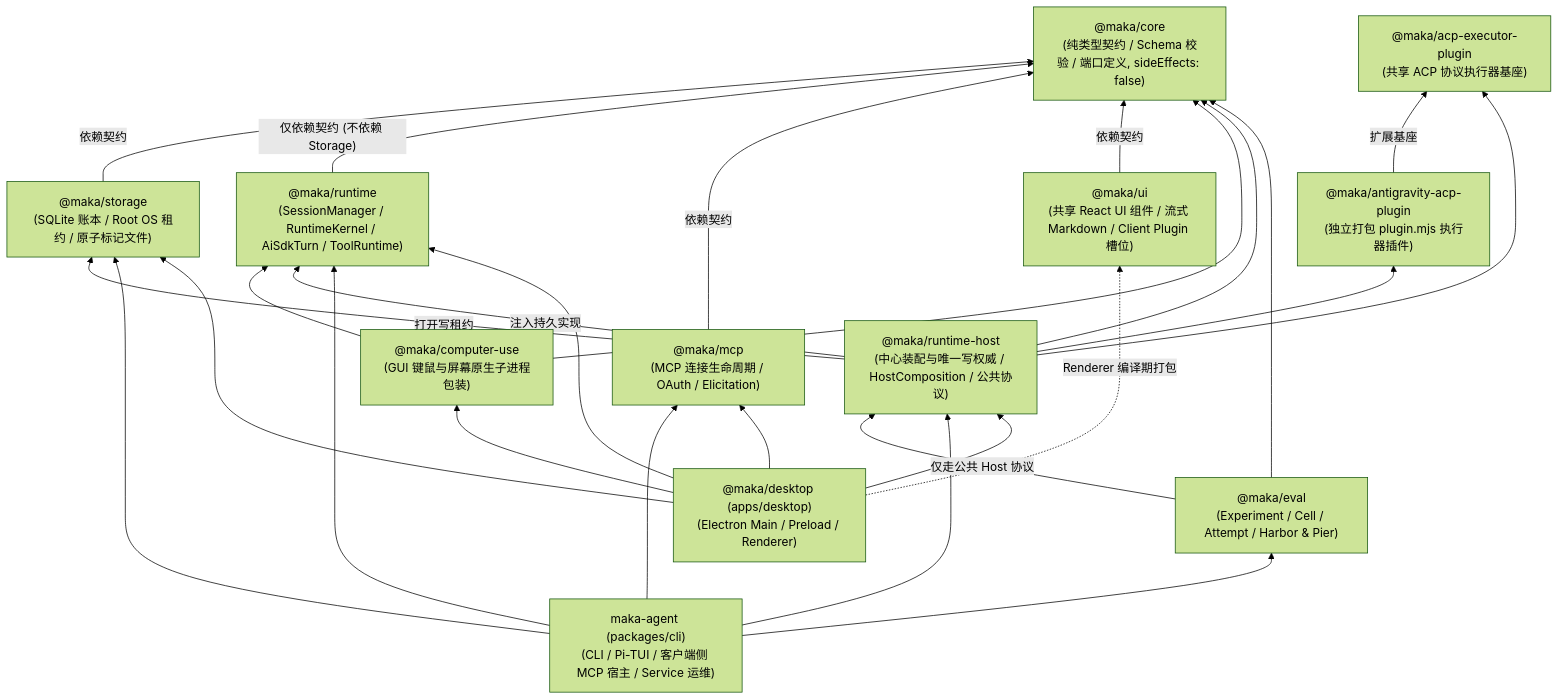
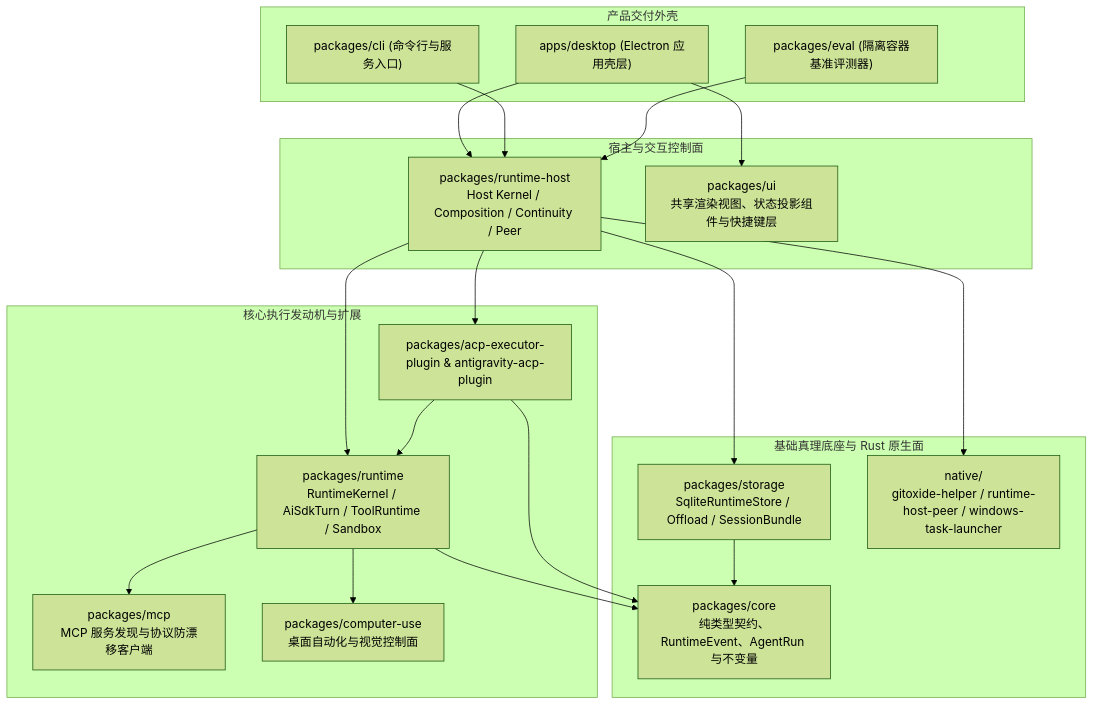
The first of 2 diagrams in maka-agent-infra/00-foundations/repository-map.md (suger-m/agent-infrastructure-docs), drawn with Mermaid (forest theme) before and after one commit. The commit also changed other lines of this file and 33 other files, not shown here.

Commit message:
docs(ts): overhaul all 32 TS architecture chapters in razor-sharp microkernel style & polish Rust foundations

````diff
--- a/maka-agent-infra/00-foundations/repository-map.md
+++ b/maka-agent-infra/00-foundations/repository-map.md
@@ -17,36 +19,34 @@
 ```mermaid
-flowchart BT
-    Core["@maka/core<br/>(纯类型契约 / Schema 校验 / 端口定义, sideEffects: false)"]
-    AcpBase["@maka/acp-executor-plugin<br/>(共享 ACP 协议执行器基座)"]
+flowchart TB
+    subgraph Apps["产品交付外壳"]
+        Desktop["apps/desktop (Electron 应用壳层)"]
+        Cli["packages/cli (命令行与服务入口)"]
+        Eval["packages/eval (隔离容器基准评测器)"]
+    end
 
-    Storage["@maka/storage<br/>(SQLite 账本 / Root OS 租约 / 原子标记文件)"] -->|"依赖契约"| Core
-    Runtime["@maka/runtime<br/>(SessionManager / RuntimeKernel / AiSdkTurn / ToolRuntime)"] -->|"仅依赖契约 (不依赖 Storage)"| Core
-    MCP["@maka/mcp<br/>(MCP 连接生命周期 / OAuth / Elicitation)"] -->|"依赖契约"| Core
-    UI["@maka/ui<br/>(共享 React UI 组件 / 流式 Markdown / Client Plugin 槽位)"] -->|"依赖契约"| Core
-    Antigravity["@maka/antigravity-acp-plugin<br/>(独立打包 plugin.mjs 执行器插件)"] -->|"扩展基座"| AcpBase
+    subgraph HostPlane["宿主与交互控制面"]
+        Host["packages/runtime-host<br/>Host Kernel / Composition / Continuity / Peer"]
+        Ui["packages/ui<br/>共享渲染视图、状态投影组件与快捷键层"]
+    end
 
-    CU["@maka/computer-use<br/>(GUI 键鼠与屏幕原生子进程包装)"] --> Core
-    CU --> Runtime
+    subgraph CorePlugins["核心执行发动机与扩展"]
+        Runtime["packages/runtime<br/>RuntimeKernel / AiSdkTurn / ToolRuntime / Sandbox"]
+        AcpPlugins["packages/acp-executor-plugin & antigravity-acp-plugin"]
+        Mcp["packages/mcp<br/>MCP 服务发现与协议防漂移客户端"]
+        Cua["packages/computer-use<br/>桌面自动化与视觉控制面"]
+    end
 
-    Host["@maka/runtime-host<br/>(中心装配与唯一写权威 / HostComposition / 公共协议)"] --> Core
-    Host -->|"注入持久实现"| Runtime
-    Host -->|"打开写租约"| Storage
-    Host --> AcpBase
-    Host --> Antigravity
+    subgraph SharedBedrock["基础真理底座与 Rust 原生面"]
+        Storage["packages/storage<br/>SqliteRuntimeStore / Offload / SessionBundle"]
+        Core["packages/core<br/>纯类型契约、RuntimeEvent、AgentRun 与不变量"]
+        Native["native/<br/>gitoxide-helper / runtime-host-peer / windows-task-launcher"]
+    end
 
-    Eval["@maka/eval<br/>(Experiment / Cell / Attempt / Harbor & Pier)"] -->|"仅走公共 Host 协议"| Host
-    Eval --> Core
-
-    CLI["maka-agent (packages/cli)<br/>(CLI / Pi-TUI / 客户端侧 MCP 宿主 / Service 运维)"] --> Host
-    CLI --> Runtime
-    CLI --> Storage
-    CLI --> MCP
-    CLI --> Eval
-
-    Desktop["@maka/desktop (apps/desktop)<br/>(Electron Main / Preload / Renderer)"] --> Host
-    Desktop --> Runtime
-    Desktop --> Storage
-    Desktop --> MCP
-    Desktop --> CU
-    Desktop -.->|"Renderer 编译期打包"| UI
+    Desktop --> Host & Ui
+    Cli --> Host
+    Eval --> Host
+    Host --> Runtime & Storage & AcpPlugins & Native
+    Runtime --> Core & Mcp & Cua
+    Storage --> Core
+    AcpPlugins --> Core & Runtime
 ```
````
